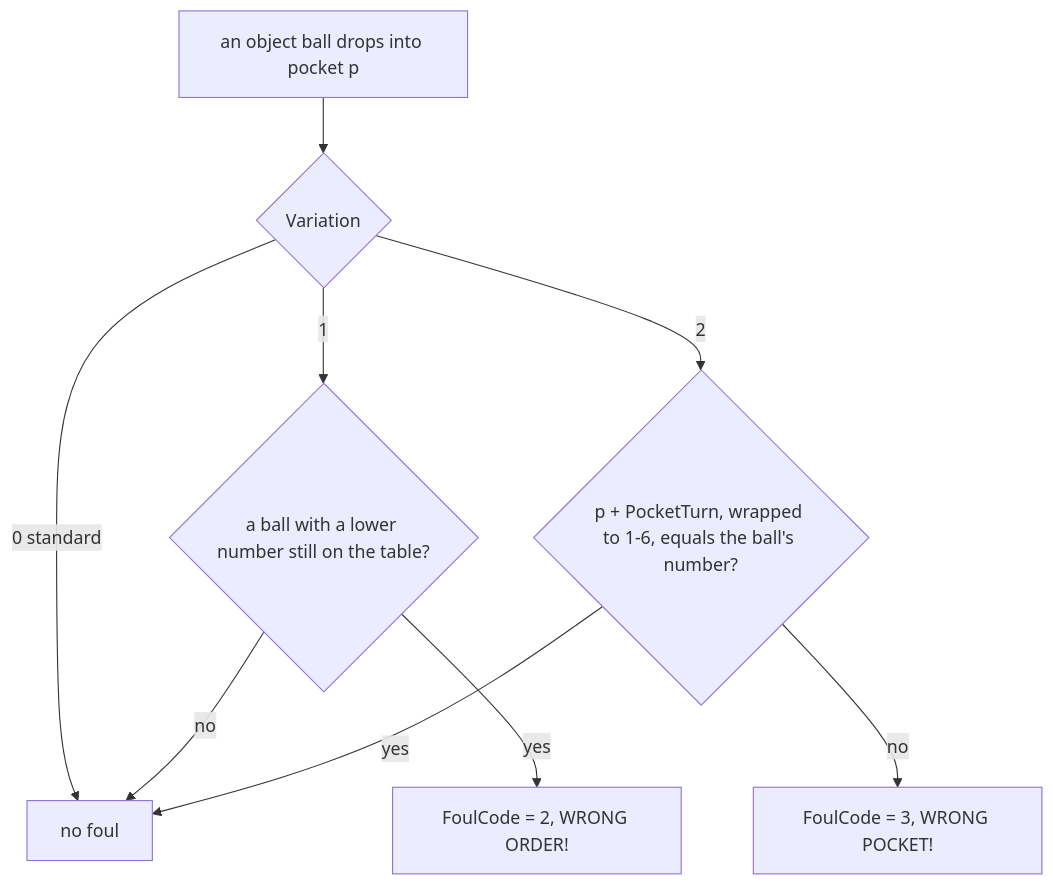
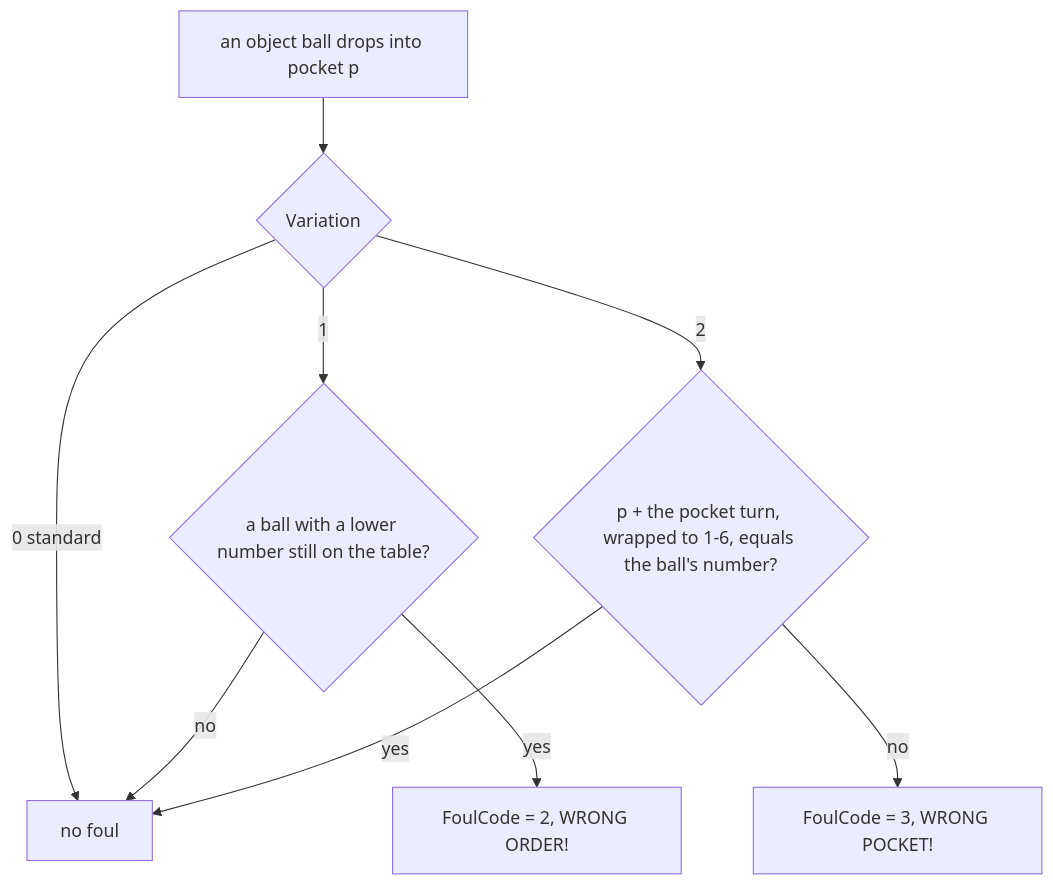
Before and after one commit to alfishe/unrealng-reverse-cases: the third of 4 diagrams in games/video-pool/docs/01-game-design.md, drawn with Mermaid. The commit also changed other lines of this file and 51 other files, not shown here.

````diff
--- a/games/video-pool/docs/01-game-design.md
+++ b/games/video-pool/docs/01-game-design.md
@@ -393,11 +409,11 @@
 ```mermaid
 flowchart TD
     P[an object ball drops into pocket p] --> V{Variation}
     V -- 0 standard --> OK[no foul]
     V -- 1 --> O{a ball with a lower number still on the table?}
     O -- yes --> F2[FoulCode = 2, WRONG ORDER!]
     O -- no --> OK
-    V -- 2 --> Q{p + PocketTurn, wrapped to 1-6, equals the ball's number?}
+    V -- 2 --> Q{p + the pocket turn, wrapped to 1-6, equals the ball's number?}
     Q -- yes --> OK
     Q -- no --> F3[FoulCode = 3, WRONG POCKET!]
 ```
````
